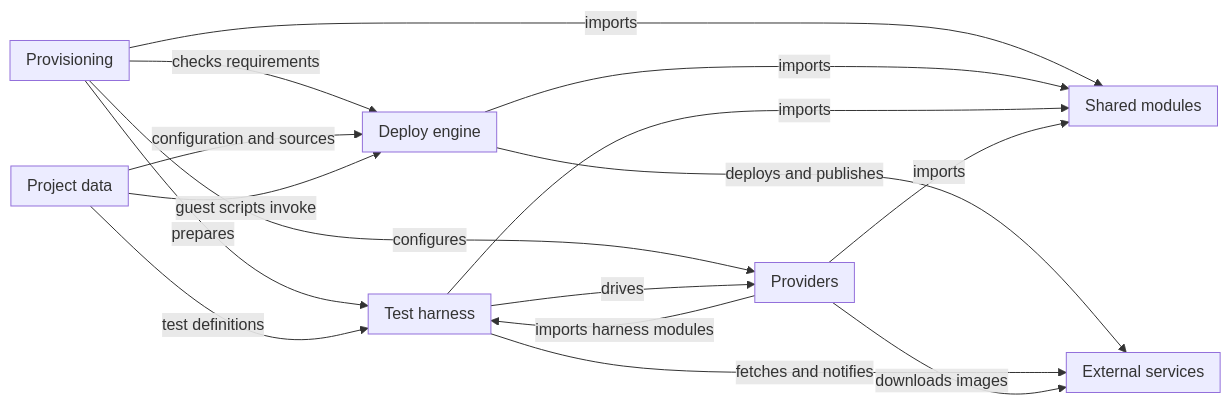
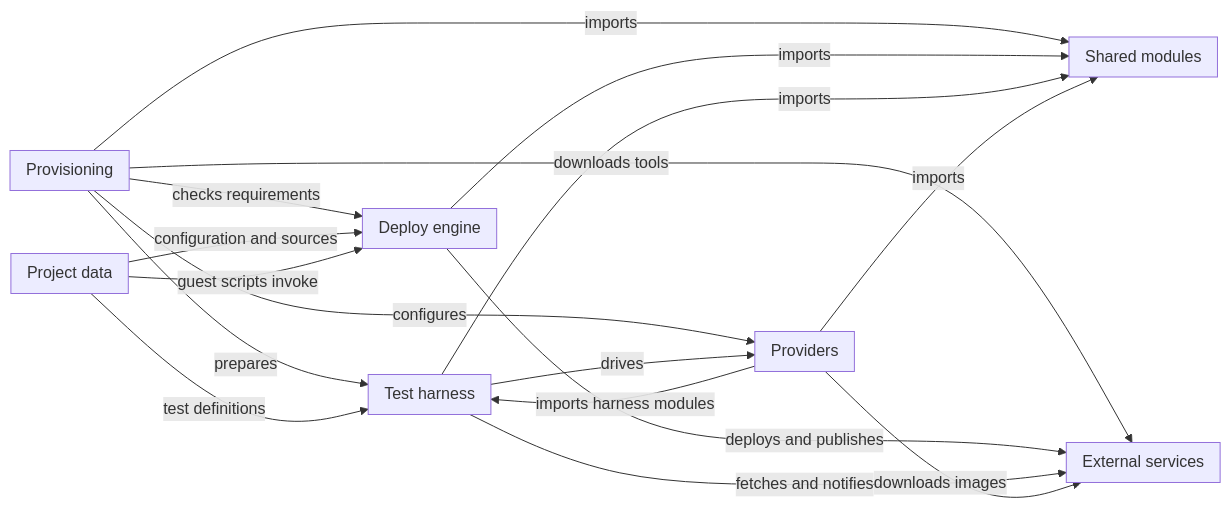
One commit to alissonsol/yuruna changed the diagram in docs/design/01-context-and-components.md. Above: the diagram before and after it, drawn with Mermaid. The commit also changed other lines of this file and 1362 other files, not shown here.

````diff
--- a/docs/design/01-context-and-components.md
+++ b/docs/design/01-context-and-components.md
@@ -9,32 +9,33 @@
 ```mermaid
 flowchart LR
     subgraph install["Provisioning"]
     end
     subgraph automation["Deploy engine"]
     end
     subgraph test["Test harness"]
     end
     subgraph host["Providers"]
     end
     subgraph yuruna-project["Project data"]
     end
     subgraph yuruna-common-psm1["Shared modules"]
     end
     subgraph global-resources["External services"]
     end
     install -->|prepares| test
     install -->|configures| host
     install -->|checks requirements| automation
     test -->|drives| host
     host -->|imports harness modules| test
     yuruna-project -->|configuration and sources| automation
     yuruna-project -->|guest scripts invoke| automation
     yuruna-project -->|test definitions| test
     install -->|imports| yuruna-common-psm1
     automation -->|imports| yuruna-common-psm1
     test -->|imports| yuruna-common-psm1
     host -->|imports| yuruna-common-psm1
+    install -->|downloads tools| global-resources
     automation -->|deploys and publishes| global-resources
     test -->|fetches and notifies| global-resources
     host -->|downloads images| global-resources
 ```
````
